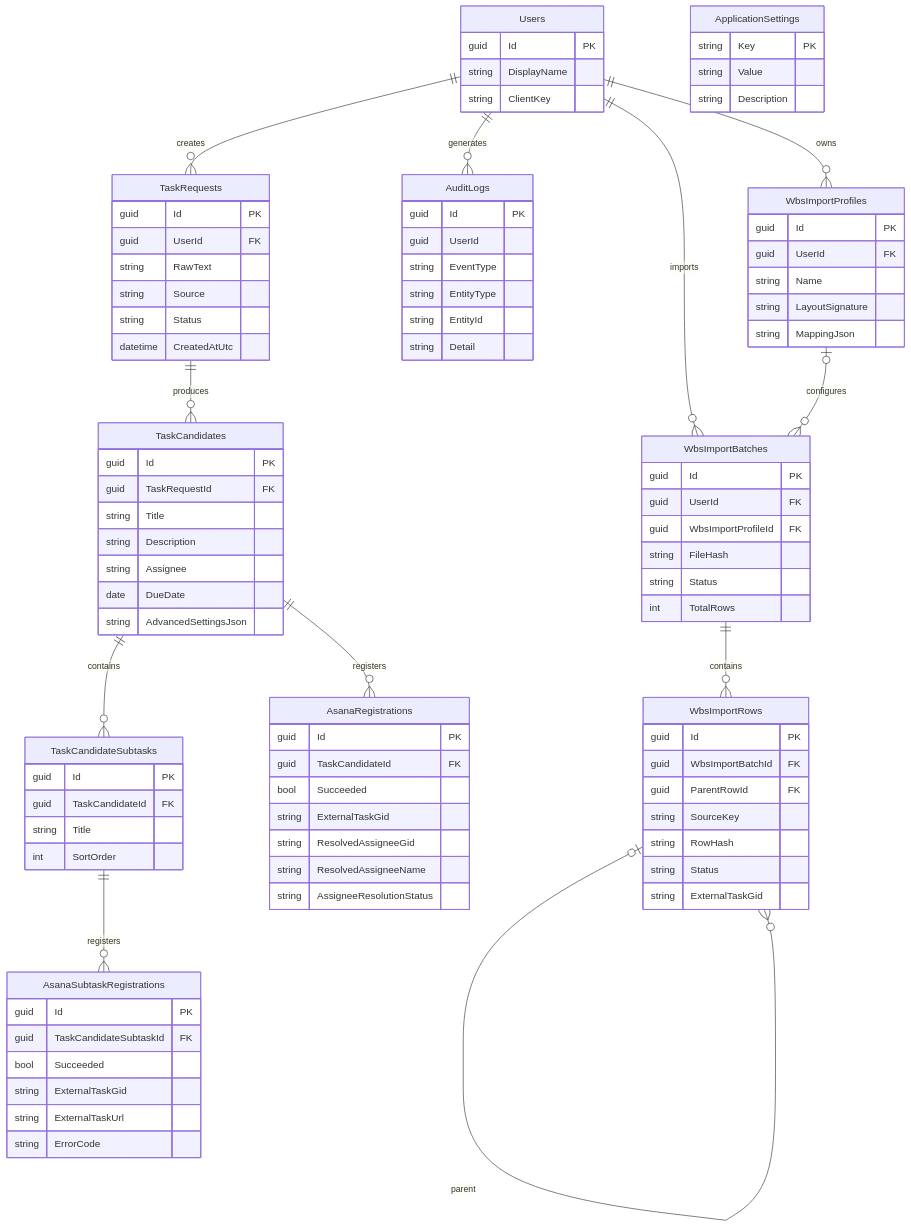
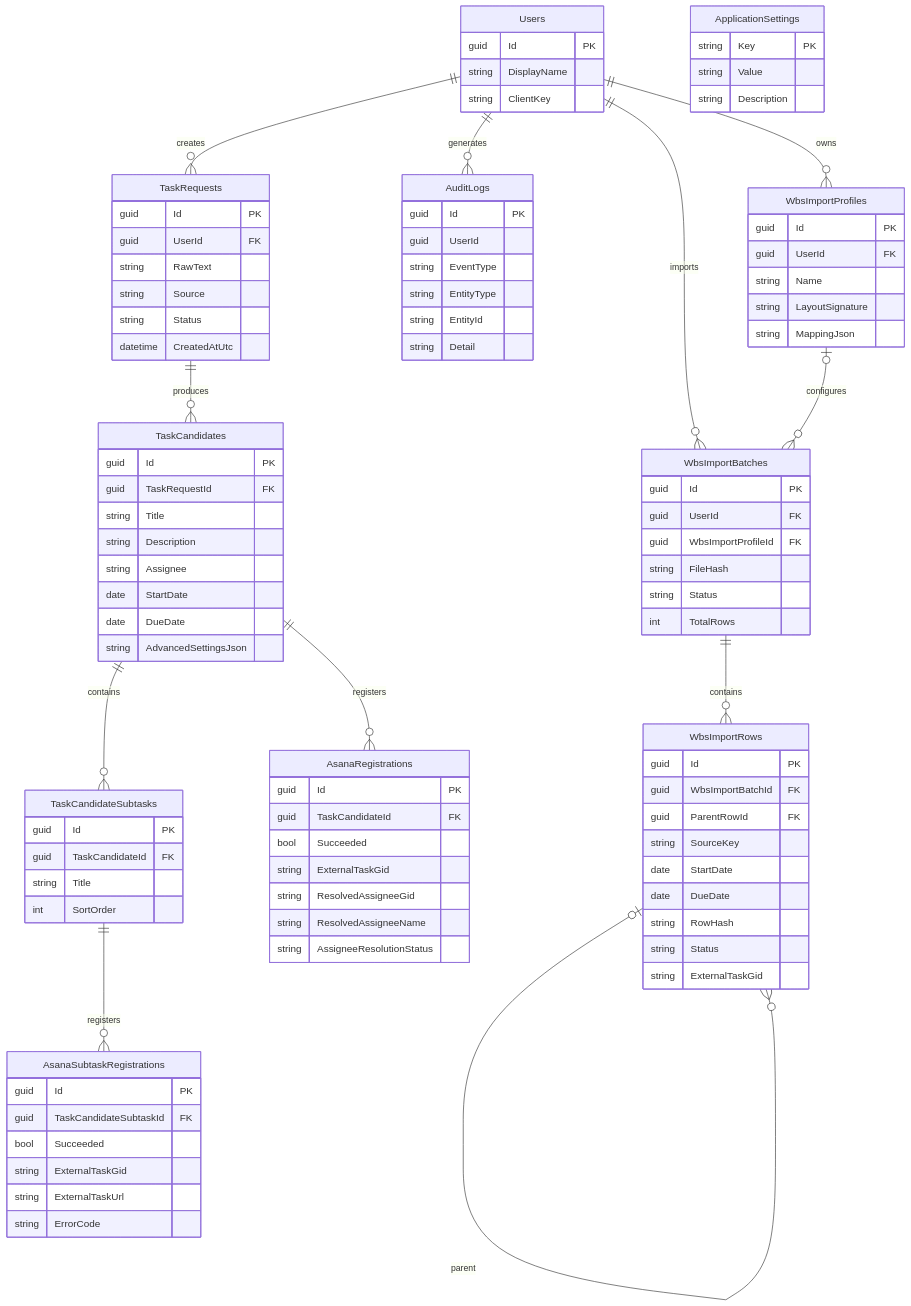
The second of 3 diagrams in ARCHITECTURE.md (onishichimaki/Asana_App), drawn with Mermaid before and after one commit. The commit also changed other lines of this file and 27 other files, not shown here.

````diff
--- a/ARCHITECTURE.md
+++ b/ARCHITECTURE.md
@@ -60,26 +62,26 @@
 ```mermaid
 erDiagram
     Users ||--o{ TaskRequests : creates
     TaskRequests ||--o{ TaskCandidates : produces
     TaskCandidates ||--o{ TaskCandidateSubtasks : contains
     TaskCandidates ||--o{ AsanaRegistrations : registers
     TaskCandidateSubtasks ||--o{ AsanaSubtaskRegistrations : registers
     Users ||--o{ AuditLogs : generates
     Users ||--o{ WbsImportProfiles : owns
     Users ||--o{ WbsImportBatches : imports
     WbsImportProfiles o|--o{ WbsImportBatches : configures
     WbsImportBatches ||--o{ WbsImportRows : contains
     WbsImportRows o|--o{ WbsImportRows : parent
 
     Users { guid Id PK string DisplayName string ClientKey }
     TaskRequests { guid Id PK guid UserId FK string RawText string Source string Status datetime CreatedAtUtc }
-    TaskCandidates { guid Id PK guid TaskRequestId FK string Title string Description string Assignee date DueDate string AdvancedSettingsJson }
+    TaskCandidates { guid Id PK guid TaskRequestId FK string Title string Description string Assignee date StartDate date DueDate string AdvancedSettingsJson }
     TaskCandidateSubtasks { guid Id PK guid TaskCandidateId FK string Title int SortOrder }
     AsanaRegistrations { guid Id PK guid TaskCandidateId FK bool Succeeded string ExternalTaskGid string ResolvedAssigneeGid string ResolvedAssigneeName string AssigneeResolutionStatus }
     AsanaSubtaskRegistrations { guid Id PK guid TaskCandidateSubtaskId FK bool Succeeded string ExternalTaskGid string ExternalTaskUrl string ErrorCode }
     ApplicationSettings { string Key PK string Value string Description }
     AuditLogs { guid Id PK guid UserId string EventType string EntityType string EntityId string Detail }
     WbsImportProfiles { guid Id PK guid UserId FK string Name string LayoutSignature string MappingJson }
     WbsImportBatches { guid Id PK guid UserId FK guid WbsImportProfileId FK string FileHash string Status int TotalRows }
-    WbsImportRows { guid Id PK guid WbsImportBatchId FK guid ParentRowId FK string SourceKey string RowHash string Status string ExternalTaskGid }
+    WbsImportRows { guid Id PK guid WbsImportBatchId FK guid ParentRowId FK string SourceKey date StartDate date DueDate string RowHash string Status string ExternalTaskGid }
 ```
````
